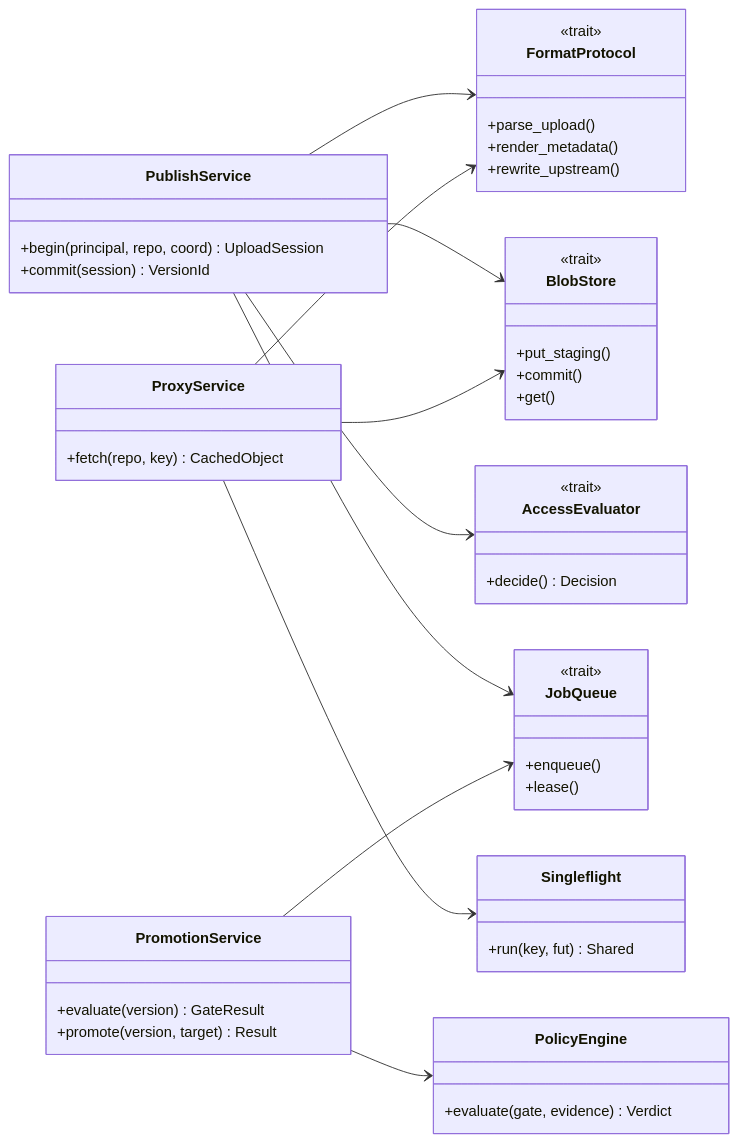
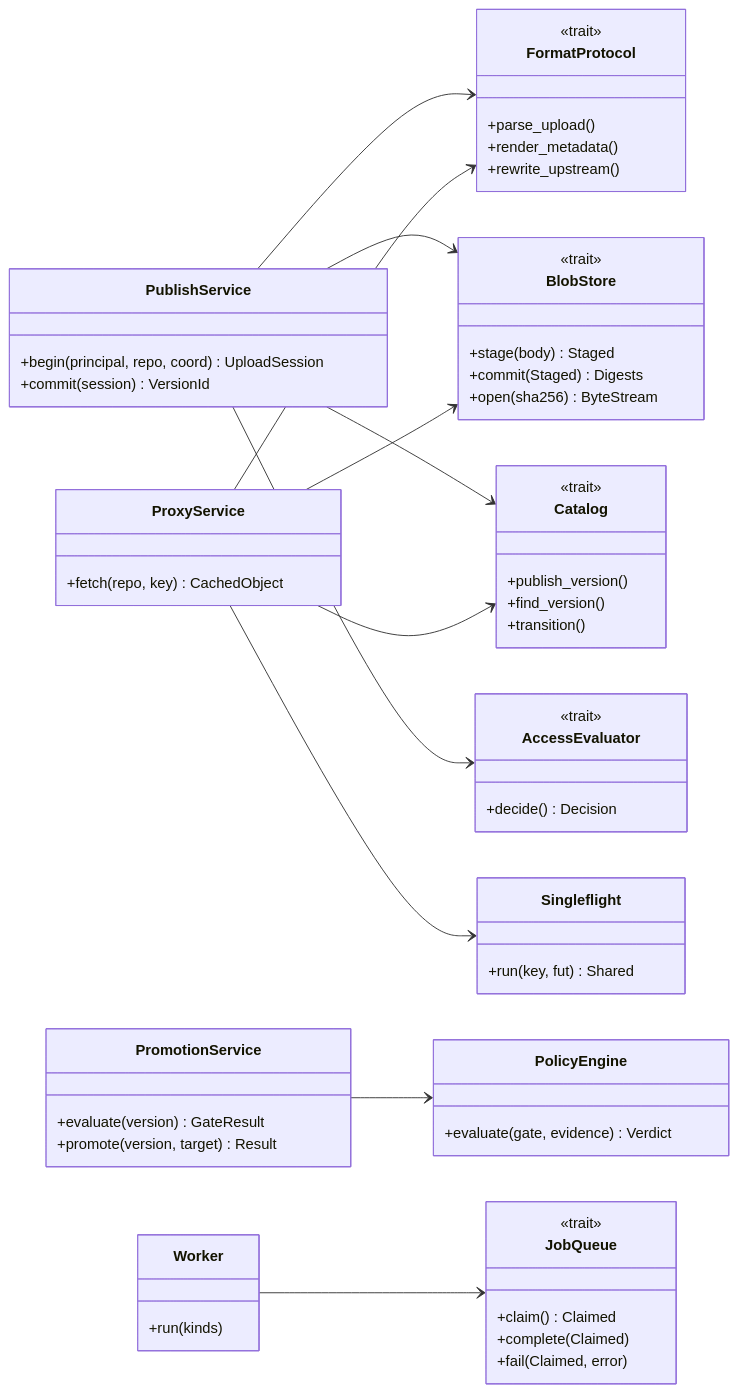
The diagram in docs/product/08-c4-l4-code.md (izevg/CRANE), drawn with Mermaid before and after one commit. The commit also changed other lines of this file and 31 other files, not shown here.

````diff
--- a/docs/product/08-c4-l4-code.md
+++ b/docs/product/08-c4-l4-code.md
@@ -137,51 +161,62 @@
 ```mermaid
 classDiagram
   direction LR
   class PublishService {
     +begin(principal, repo, coord) UploadSession
     +commit(session) VersionId
   }
   class ProxyService {
     +fetch(repo, key) CachedObject
   }
   class PromotionService {
     +evaluate(version) GateResult
     +promote(version, target) Result
   }
   class FormatProtocol {
     <<trait>>
     +parse_upload()
     +render_metadata()
     +rewrite_upstream()
   }
   class BlobStore {
     <<trait>>
-    +put_staging()
-    +commit()
-    +get()
+    +stage(body) Staged
+    +commit(Staged) Digests
+    +open(sha256) ByteStream
+  }
+  class Catalog {
+    <<trait>>
+    +publish_version()
+    +find_version()
+    +transition()
   }
   class AccessEvaluator {
     <<trait>>
     +decide() Decision
   }
   class JobQueue {
     <<trait>>
-    +enqueue()
-    +lease()
+    +claim() Claimed
+    +complete(Claimed)
+    +fail(Claimed, error)
+  }
+  class Worker {
+    +run(kinds)
   }
   class Singleflight {
     +run(key, fut) Shared
   }
   class PolicyEngine {
     +evaluate(gate, evidence) Verdict
   }
   PublishService --> FormatProtocol
   PublishService --> BlobStore
+  PublishService --> Catalog
   PublishService --> AccessEvaluator
-  PublishService --> JobQueue
   ProxyService --> FormatProtocol
   ProxyService --> BlobStore
+  ProxyService --> Catalog
   ProxyService --> Singleflight
   PromotionService --> PolicyEngine
-  PromotionService --> JobQueue
+  Worker --> JobQueue
 ```
````
